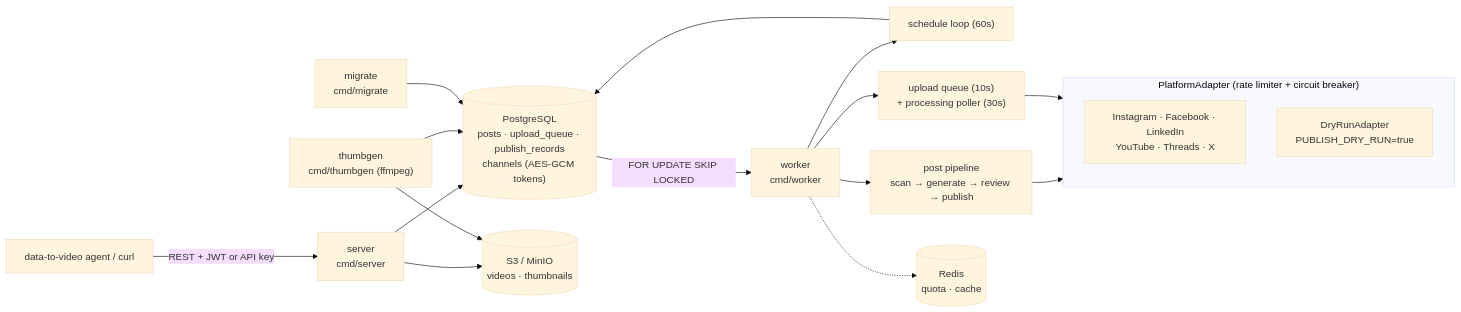
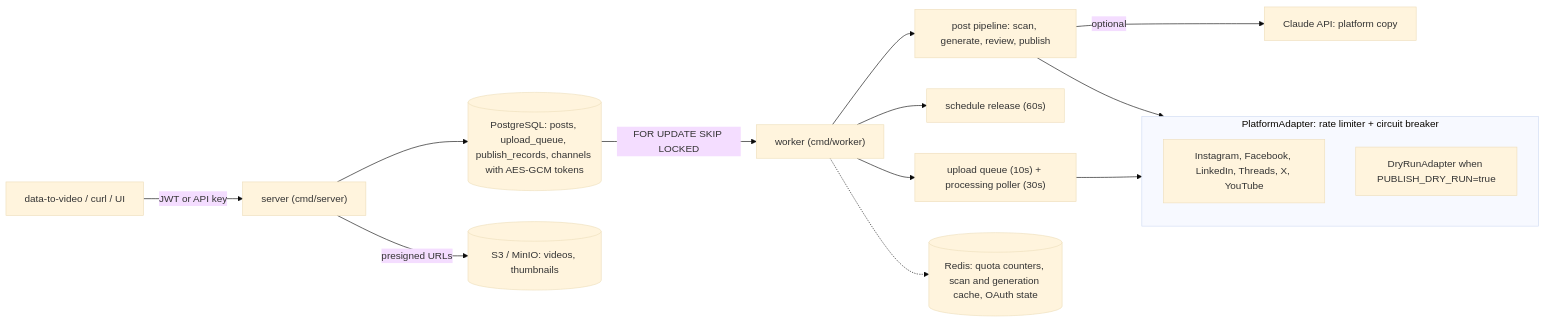
Before and after one commit to himanshumehta/social-publisher: the first of 2 diagrams in README.md, drawn with Mermaid (base theme). The commit also changed other lines of this file, not shown here.

First line of the commit message:
docs: rewrite readme around the review-gated publishing flow

````diff
--- a/README.md
+++ b/README.md
@@ -29,22 +33,19 @@
 ```mermaid
 flowchart LR
-    client["data-to-video agent / curl"] -->|"REST + JWT or API key"| api["server<br/>cmd/server"]
-    api --> db[("PostgreSQL<br/>posts · upload_queue · publish_records<br/>channels (AES-GCM tokens)")]
-    api --> s3[("S3 / MinIO<br/>videos · thumbnails")]
-    db -->|"FOR UPDATE SKIP LOCKED"| worker["worker<br/>cmd/worker"]
-    worker --> sched["schedule loop (60s)"]
-    worker --> pub["post pipeline<br/>scan → generate → review → publish"]
-    worker --> upq["upload queue (10s)<br/>+ processing poller (30s)"]
-    sched --> db
-    pub --> adapters
+    client["data-to-video / curl / UI"] -->|"JWT or API key"| api["server (cmd/server)"]
+    api --> db[("PostgreSQL: posts, upload_queue, publish_records, channels with AES-GCM tokens")]
+    api -->|"presigned URLs"| s3[("S3 / MinIO: videos, thumbnails")]
+    db -->|"FOR UPDATE SKIP LOCKED"| worker["worker (cmd/worker)"]
+    worker --> pipe["post pipeline: scan, generate, review, publish"]
+    worker --> sched["schedule release (60s)"]
+    worker --> upq["upload queue (10s) + processing poller (30s)"]
+    pipe -->|"optional"| llm["Claude API: platform copy"]
+    pipe --> adapters
     upq --> adapters
-    subgraph adapters["PlatformAdapter (rate limiter + circuit breaker)"]
+    subgraph adapters["PlatformAdapter: rate limiter + circuit breaker"]
         direction TB
-        real["Instagram · Facebook · LinkedIn<br/>YouTube · Threads · X"]
-        dry["DryRunAdapter<br/>PUBLISH_DRY_RUN=true"]
+        real["Instagram, Facebook, LinkedIn, Threads, X, YouTube"]
+        dry["DryRunAdapter when PUBLISH_DRY_RUN=true"]
     end
-    worker -.-> redis[("Redis<br/>quota · cache")]
-    thumbgen["thumbgen<br/>cmd/thumbgen (ffmpeg)"] --> s3
-    thumbgen --> db
-    migrate["migrate<br/>cmd/migrate"] --> db
+    worker -.-> redis[("Redis: quota counters, scan and generation cache, OAuth state")]
 ```
````
